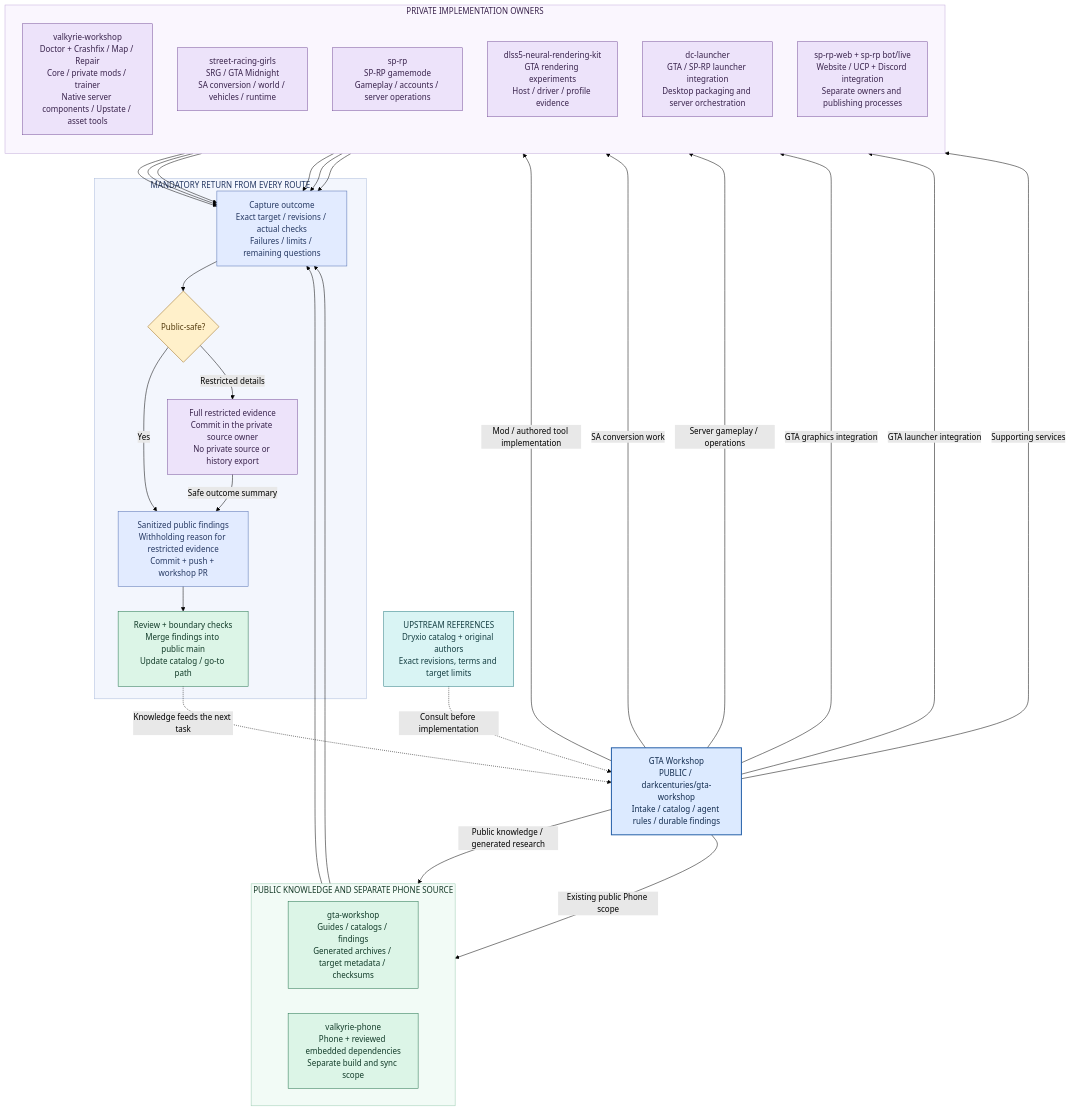
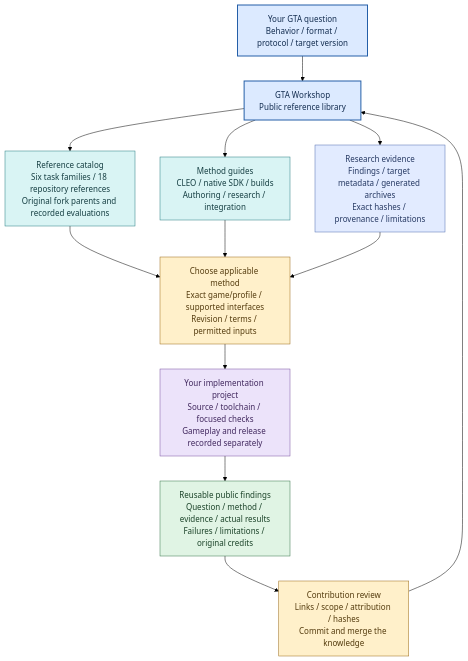
Before and after one commit to darkcenturies/gta-workshop: the diagram in docs/workshop/ownership.mmd, drawn with Mermaid (forest theme). The commit also changed 31 other files, not shown here.

Commit message:
Reframe GTA Workshop as a public reference library for mod-making.

```diff
--- a/docs/workshop/ownership.mmd
+++ b/docs/workshop/ownership.mmd
@@ -1,58 +1,43 @@
 flowchart TB
-    accTitle: GTA workshop source ownership and contribution routes
-    accDescr: The public workshop routes GTA tasks into public knowledge and Phone routes alongside private implementation owners. Upstream references inform work. Every owner returns public-safe findings; source exports have a separate review gate.
-    HUB["GTA Workshop\nPUBLIC / darkcenturies/gta-workshop\nIntake / catalog / agent rules / durable findings"]:::hub
-    REF["UPSTREAM REFERENCES\nDryxio catalog + original authors\nExact revisions, terms and target limits"]:::reference
-    REF -. "Consult before implementation" .-> HUB
-    subgraph PUB["PUBLIC KNOWLEDGE AND SEPARATE PHONE SOURCE"]
-        direction LR
-        RESEARCH["gta-workshop\nGuides / catalogs / findings\nGenerated archives / target metadata / checksums"]:::public
-        PHONE["valkyrie-phone\nPhone + reviewed embedded dependencies\nSeparate build and sync scope"]:::public
-    end
-    subgraph PRIVATE["PRIVATE IMPLEMENTATION OWNERS"]
-        direction TB
-        WORKSHOP["valkyrie-workshop\nDoctor + Crashfix / Map / Repair\nCore / private mods / trainer\nNative server components / Upstate / asset tools"]:::private
-        SRG["street-racing-girls\nSRG / GTA Midnight\nSA conversion / world / vehicles / runtime"]:::private
-        SERVER["sp-rp\nSP-RP gamemode\nGameplay / accounts / server operations"]:::private
-        RENDER["dlss5-neural-rendering-kit\nGTA rendering experiments\nHost / driver / profile evidence"]:::private
-        LAUNCH["dc-launcher\nGTA / SP-RP launcher integration\nDesktop packaging and server orchestration"]:::private
-        SERVICES["sp-rp-web + sp-rp bot/live\nWebsite / UCP + Discord integration\nSeparate owners and publishing processes"]:::private
-    end
-    HUB -->|"Public knowledge / generated research"| RESEARCH
-    HUB -->|"Existing public Phone scope"| PHONE
-    HUB -->|"Mod / authored tool implementation"| WORKSHOP
-    HUB -->|"SA conversion work"| SRG
-    HUB -->|"Server gameplay / operations"| SERVER
-    HUB -->|"GTA graphics integration"| RENDER
-    HUB -->|"GTA launcher integration"| LAUNCH
-    HUB -->|"Supporting services"| SERVICES
-    subgraph RETURN["MANDATORY RETURN FROM EVERY ROUTE"]
-        RESULT["Capture outcome\nExact target / revisions / actual checks\nFailures / limits / remaining questions"]:::evidence
-        SAFE{"Public-safe?"}:::gate
-        SUMMARY["Sanitized public findings\nWithholding reason for restricted evidence\nCommit + push + workshop PR"]:::evidence
-        RESTRICTED["Full restricted evidence\nCommit in the private source owner\nNo private source or history export"]:::private
-        MERGED["Review + boundary checks\nMerge findings into public main\nUpdate catalog / go-to path"]:::public
-        RESULT --> SAFE
-        SAFE -->|"Yes"| SUMMARY
-        SAFE -->|"Restricted details"| RESTRICTED
-        RESTRICTED -->|"Safe outcome summary"| SUMMARY
-        SUMMARY --> MERGED
-    end
-    RESEARCH --> RESULT
-    PHONE --> RESULT
-    WORKSHOP --> RESULT
-    SRG --> RESULT
-    SERVER --> RESULT
-    RENDER --> RESULT
-    LAUNCH --> RESULT
-    SERVICES --> RESULT
-    MERGED -. "Knowledge feeds the next task" .-> HUB
+    accTitle: Public GTA reference library navigation
+    accDescr: A reader chooses a GTA task, consults public upstream references and methods, studies evidence, works in their own implementation project and returns reusable findings. No private product owners are cataloged.
+    Q["Your GTA question
+Behavior / format / protocol / target version"]:::hub
+    LIB["GTA Workshop
+Public reference library"]:::hub
+    CAT["Reference catalog
+Six task families / 18 repository references
+Original fork parents and recorded evaluations"]:::reference
+    GUIDE["Method guides
+CLEO / native SDK / builds
+Authoring / research / integration"]:::reference
+    EVID["Research evidence
+Findings / target metadata / generated archives
+Exact hashes / provenance / limitations"]:::evidence
+    TASK["Choose applicable method
+Exact game/profile / supported interfaces
+Revision / terms / permitted inputs"]:::gate
+    WORK["Your implementation project
+Source / toolchain / focused checks
+Gameplay and release recorded separately"]:::project
+    RETURN["Reusable public findings
+Question / method / evidence / actual results
+Failures / limitations / original credits"]:::public
+    REVIEW["Contribution review
+Links / scope / attribution / hashes
+Commit and merge the knowledge"]:::gate
+    Q --> LIB
+    LIB --> CAT & GUIDE & EVID
+    CAT & GUIDE & EVID --> TASK
+    TASK --> WORK
+    WORK --> RETURN
+    RETURN --> REVIEW
+    REVIEW --> LIB
+
     classDef hub fill:#dceaff,stroke:#245fa8,color:#132d50,stroke-width:2px;
-    classDef public fill:#dcf5e7,stroke:#23724d,color:#123b29;
-    classDef private fill:#ede3fa,stroke:#77519a,color:#39234c;
     classDef reference fill:#d9f4f4,stroke:#267b80,color:#153e42;
     classDef gate fill:#fff0ca,stroke:#9a6a16,color:#543b0e;
     classDef evidence fill:#e2ebff,stroke:#526eb1,color:#263963;
-    style PUB fill:#f2fbf6,stroke:#9acbb0,color:#173b29
-    style PRIVATE fill:#faf6fe,stroke:#c4addb,color:#39234c
-    style RETURN fill:#f3f6fd,stroke:#a9bbdb,color:#263963
+    classDef public fill:#e0f4e4,stroke:#367349,color:#1b4329;
+    classDef project fill:#ece3fa,stroke:#7950a1,color:#41285e;
+    classDef excluded fill:#ffe4e0,stroke:#b64c41,color:#622820;
```
